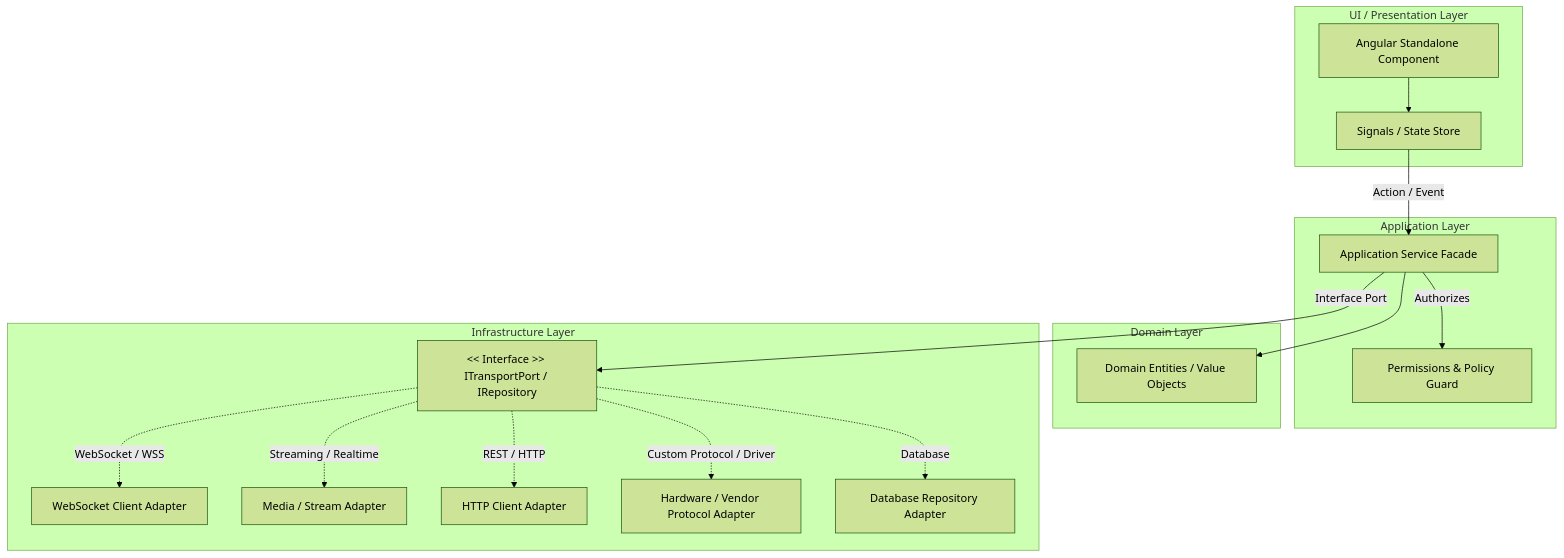
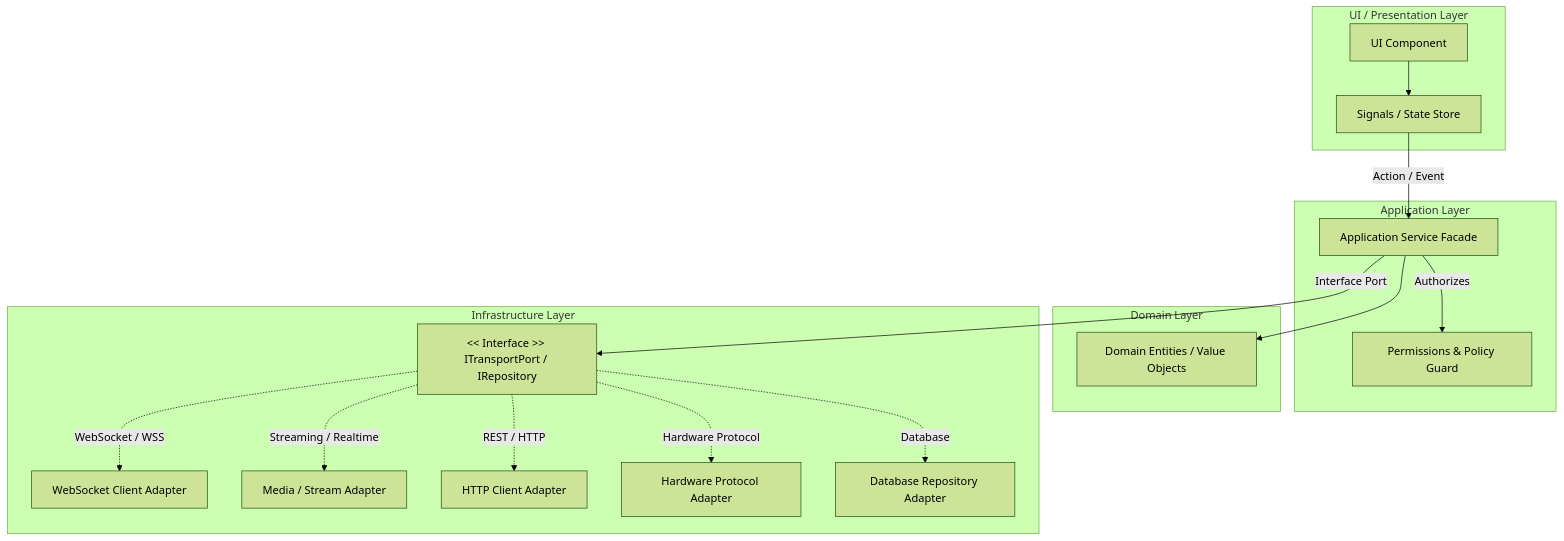
Before and after one commit to anishchenko-anton/ai-skill-sdd-agent: the first of 2 diagrams in references/architecture_and_state.md, drawn with Mermaid (forest theme). The commit also changed other lines of this file and 23 other files, not shown here.

Commit message:
feat(sdd-agent): codify architecture-first standards, lazy-loading protocols, and reset feedback log

````diff
--- a/references/architecture_and_state.md
+++ b/references/architecture_and_state.md
@@ -11,21 +11,21 @@
 ```mermaid
 flowchart TD
     subgraph UI_Layer [UI / Presentation Layer]
-        Component[Angular Standalone Component] --> Signals[Signals / State Store]
+        Component[UI Component] --> Signals[Signals / State Store]
     end
     subgraph App_Layer [Application Layer]
         Signals -->|Action / Event| Facade[Application Service Facade]
         Facade -->|Authorizes| Guard[Permissions & Policy Guard]
     end
     subgraph Domain_Layer [Domain Layer]
         Facade --> DomainModel[Domain Entities / Value Objects]
     end
     subgraph Infra_Layer [Infrastructure Layer]
         Facade -->|Interface Port| Port[<< Interface >> ITransportPort / IRepository]
         Port -.->|WebSocket / WSS| WsAdapter[WebSocket Client Adapter]
         Port -.->|Streaming / Realtime| StreamAdapter[Media / Stream Adapter]
         Port -.->|REST / HTTP| HttpAdapter[HTTP Client Adapter]
-        Port -.->|Custom Protocol / Driver| DriverAdapter[Hardware / Vendor Protocol Adapter]
+        Port -.->|Hardware Protocol| DriverAdapter[Hardware Protocol Adapter]
         Port -.->|Database| DbAdapter[Database Repository Adapter]
     end
 ```
````
